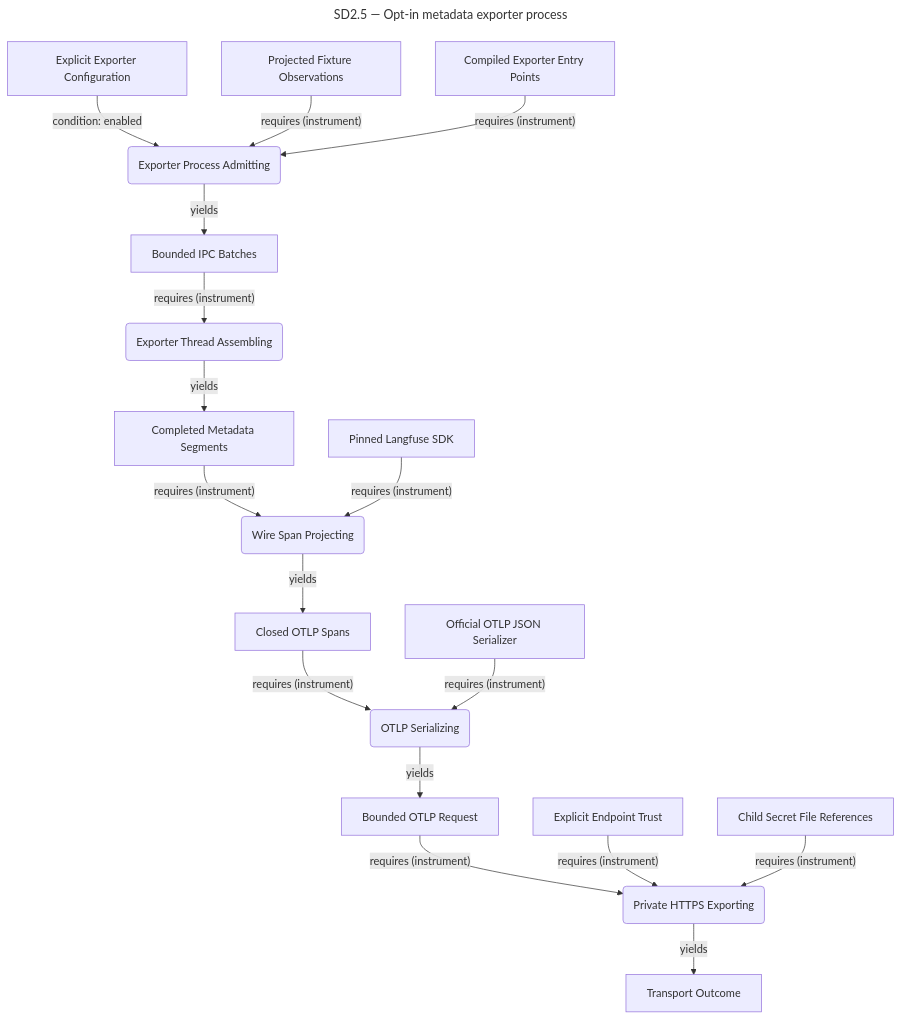
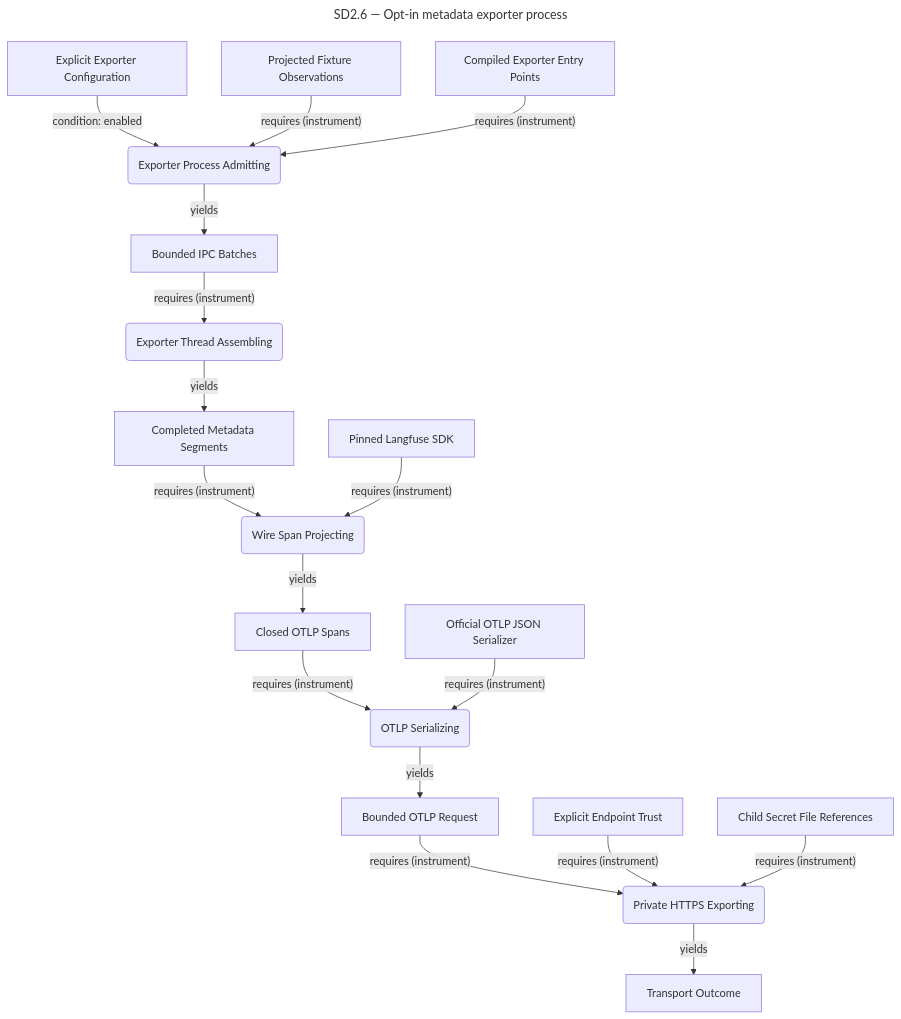
One commit to ojfbot/daily-logger changed diagram 14 of 14 in opm/system.md. Above: the diagram before and after it, drawn with Mermaid. The commit also changed other lines of this file and 1 other file, not shown here.

Commit message:
docs(opm): reserve SD2.6 for metadata exporter

````diff
--- a/opm/system.md
+++ b/opm/system.md
@@ -1699,41 +1699,41 @@
 ```mermaid
 ---
-title: "SD2.5 — Opt-in metadata exporter process"
+title: "SD2.6 — Opt-in metadata exporter process"
 ---
 flowchart TD
-  accTitle: SD2.5 — Opt-in metadata exporter process
+  accTitle: SD2.6 — Opt-in metadata exporter process
   accDescr: Lossy system model projection. Complete source facts follow this diagram.
   n322["Explicit Exporter Configuration"]
   n310("Exporter Process Admitting")
   n303["Projected Fixture Observations"]
   n323["Compiled Exporter Entry Points"]
   n324["Bounded IPC Batches"]
   n325("Exporter Thread Assembling")
   n326["Completed Metadata Segments"]
   n327("Wire Span Projecting")
   n328["Pinned Langfuse SDK"]
   n329["Closed OTLP Spans"]
   n330("OTLP Serializing")
   n331["Official OTLP JSON Serializer"]
   n332["Bounded OTLP Request"]
   n333("Private HTTPS Exporting")
   n334["Explicit Endpoint Trust"]
   n335["Child Secret File References"]
   n336["Transport Outcome"]
   n322 -->|"condition: enabled"| n310
   n303 -->|"requires (instrument)"| n310
   n323 -->|"requires (instrument)"| n310
   n310 -->|"yields"| n324
   n324 -->|"requires (instrument)"| n325
   n325 -->|"yields"| n326
   n326 -->|"requires (instrument)"| n327
   n328 -->|"requires (instrument)"| n327
   n327 -->|"yields"| n329
   n329 -->|"requires (instrument)"| n330
   n331 -->|"requires (instrument)"| n330
   n330 -->|"yields"| n332
   n332 -->|"requires (instrument)"| n333
   n334 -->|"requires (instrument)"| n333
   n335 -->|"requires (instrument)"| n333
   n333 -->|"yields"| n336
 ```
````
